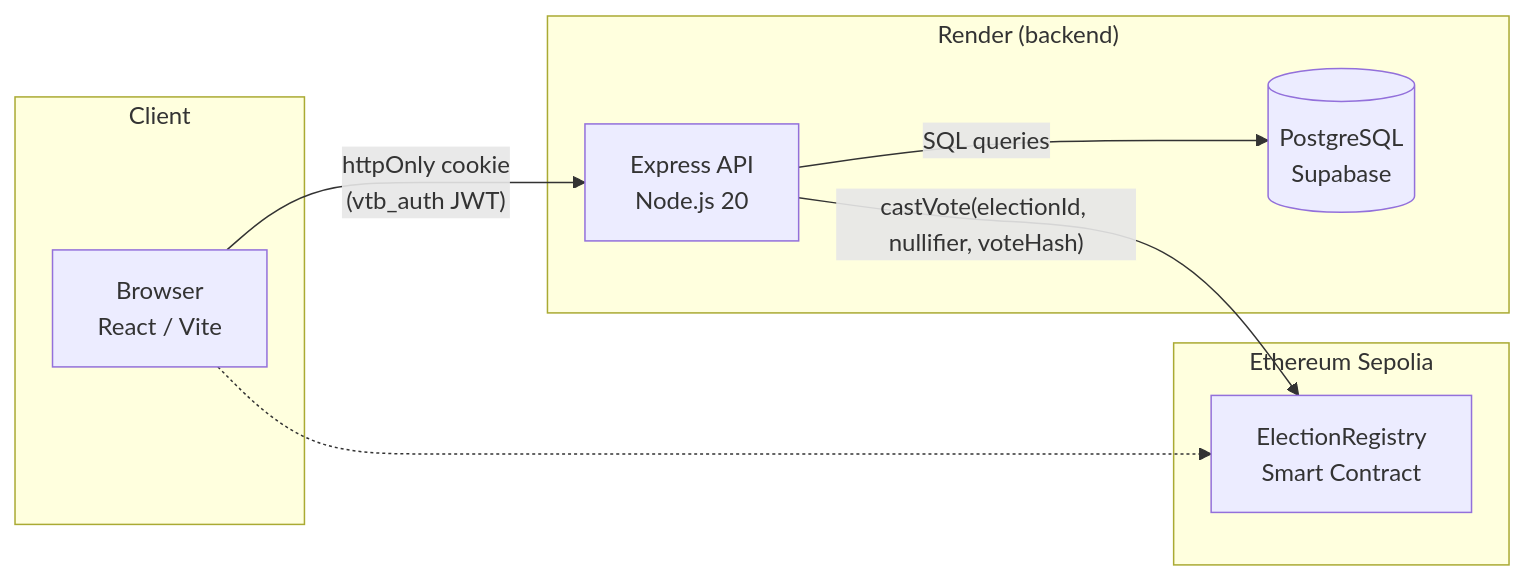
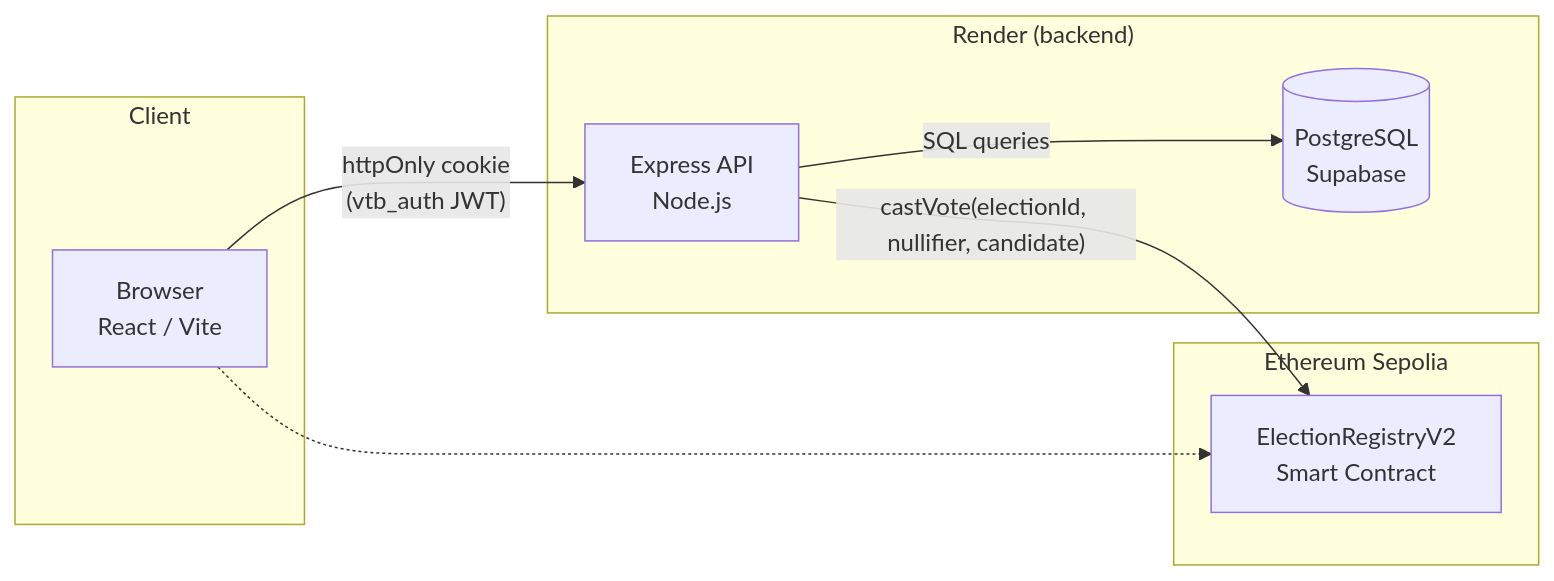
One commit to javier-picazo-trigueros/VTB_DEMO changed the diagram in README.md. Above: the diagram before and after it, drawn with Mermaid. The commit also changed other lines of this file and 48 other files, not shown here.

````diff
--- a/README.md
+++ b/README.md
@@ -22,20 +24,20 @@
 ```mermaid
 flowchart LR
     subgraph Client
         B[Browser\nReact / Vite]
     end
 
     subgraph Render["Render (backend)"]
-        E[Express API\nNode.js 20]
+        E[Express API\nNode.js]
         DB[(PostgreSQL\nSupabase)]
     end
 
     subgraph Chain["Ethereum Sepolia"]
-        SC[ElectionRegistry\nSmart Contract]
+        SC[ElectionRegistryV2\nSmart Contract]
     end
 
     B -- "httpOnly cookie\n(vtb_auth JWT)" --> E
     E -- "SQL queries" --> DB
-    E -- "castVote(electionId, nullifier, voteHash)" --> SC
+    E -- "castVote(electionId, nullifier, candidate)" --> SC
     B -.-> SC
 ```
````
